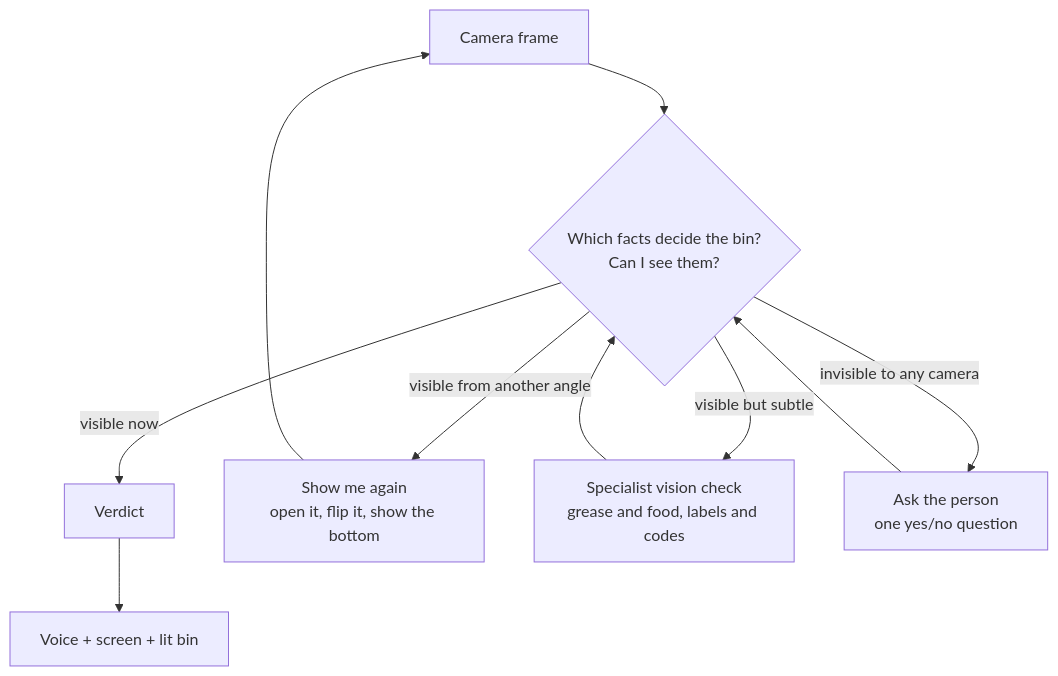
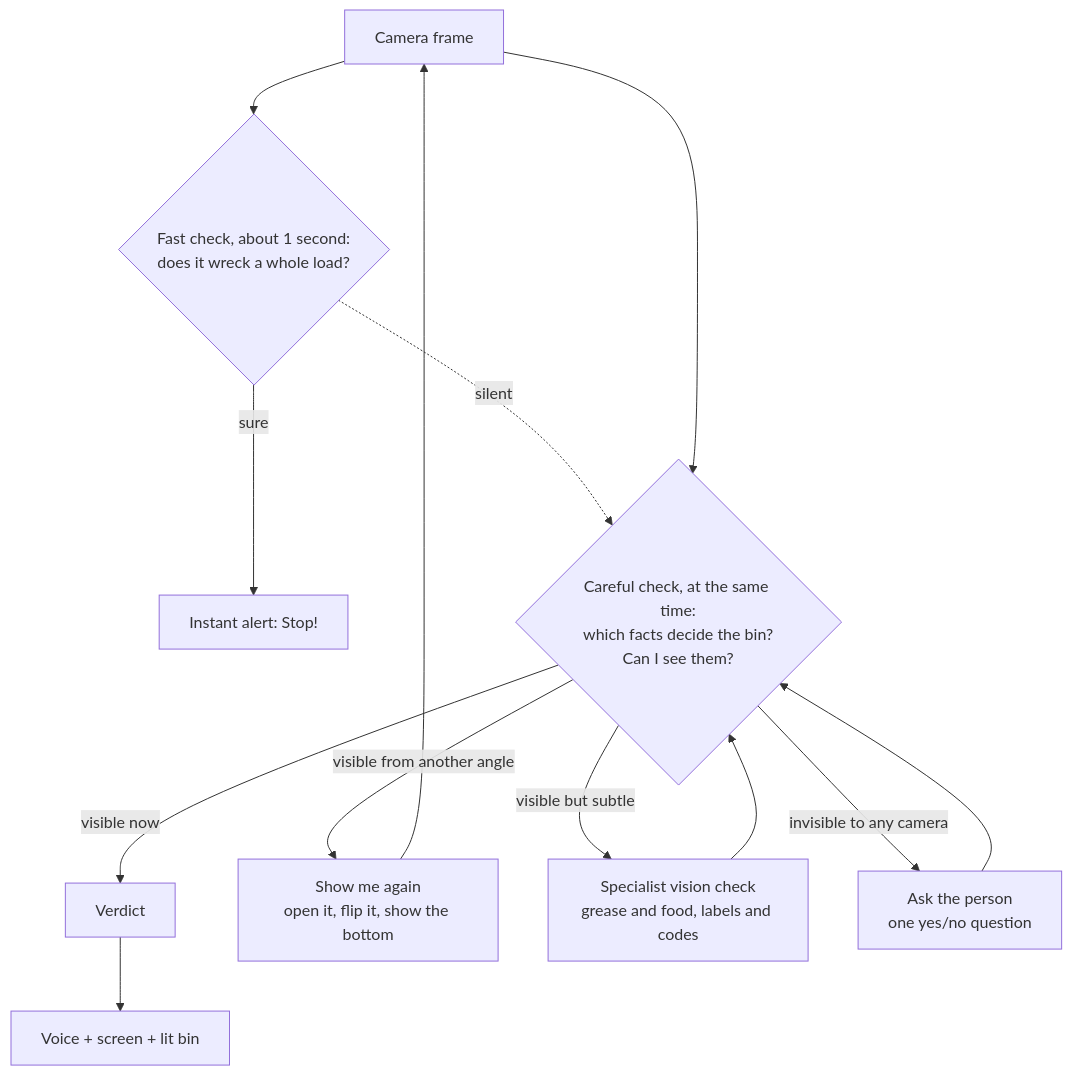
Before and after one commit to alexanderdemarco746-lab/r-xgnbn5ji39: the diagram in README.md, drawn with Mermaid. The commit also changed other lines of this file and 41 other files, not shown here.

First line of the commit message:
Instant alert for load-wreckers, LangGraph brain, real test results

````diff
--- a/README.md
+++ b/README.md
@@ -35,12 +47,15 @@
 ```mermaid
 flowchart TD
-    A[Camera frame] --> B{Which facts decide the bin?<br/>Can I see them?}
+    A[Camera frame] --> G{Fast check, about 1 second:<br/>does it wreck a whole load?}
+    G -->|sure| X["Instant alert: Stop!"]
+    G -.->|silent| B
+    A --> B{Careful check, at the same time:<br/>which facts decide the bin?<br/>Can I see them?}
     B -->|visible now| V[Verdict]
     B -->|visible from another angle| C["Show me again"<br/>open it, flip it, show the bottom]
     B -->|visible but subtle| S[Specialist vision check<br/>grease and food, labels and codes]
     B -->|invisible to any camera| Q[Ask the person<br/>one yes/no question]
     C --> A
     S --> B
     Q --> B
     V --> O[Voice + screen + lit bin]
 ```
````
